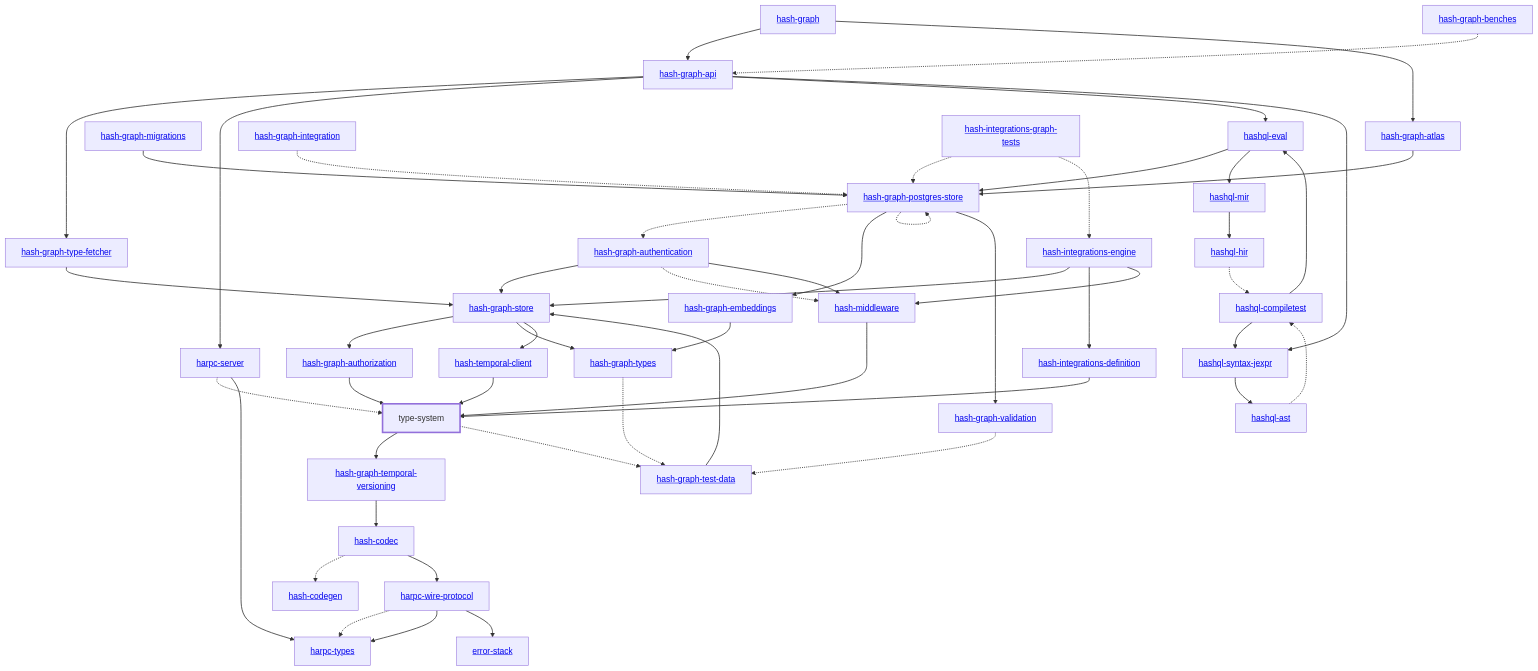
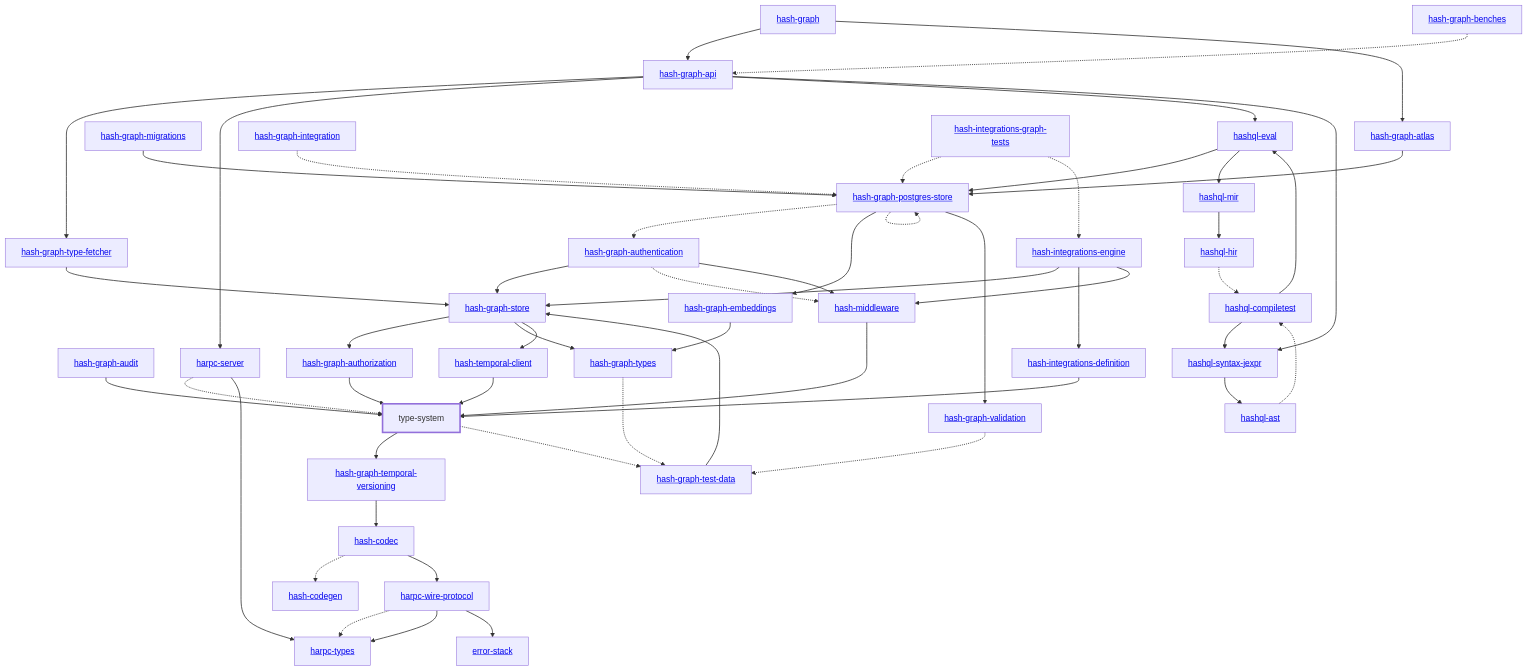
The diagram in libs/@blockprotocol/type-system/rust/docs/dependency-diagram.mmd (hashintel/hash), drawn with Mermaid before and after one commit. The commit also changed 26 other files, not shown here.

Commit message:
BE-1212: Define the audit event type (#10644)

```diff
--- a/libs/@blockprotocol/type-system/rust/docs/dependency-diagram.mmd
+++ b/libs/@blockprotocol/type-system/rust/docs/dependency-diagram.mmd
@@ -1,97 +1,99 @@
 graph TD
     linkStyle default stroke-width:1.5px
     classDef default stroke-width:1px
     classDef root stroke-width:3px
     classDef dev stroke-width:1px
     classDef build stroke-width:1px
     %% Legend
     %% --> : Normal dependency
     %% -.-> : Dev dependency
     %% ---> : Build dependency
     0[<a href="../hash_graph/index.html">hash-graph</a>]
     1[type-system]
     class 1 root
     2[<a href="../hash_codec/index.html">hash-codec</a>]
     3[<a href="../hash_codegen/index.html">hash-codegen</a>]
     4[<a href="../hash_graph_api/index.html">hash-graph-api</a>]
     5[<a href="../hash_graph_atlas/index.html">hash-graph-atlas</a>]
-    6[<a href="../hash_graph_authentication/index.html">hash-graph-authentication</a>]
-    7[<a href="../hash_graph_authorization/index.html">hash-graph-authorization</a>]
-    8[<a href="../hash_graph_embeddings/index.html">hash-graph-embeddings</a>]
-    9[<a href="../hash_graph_migrations/index.html">hash-graph-migrations</a>]
-    10[<a href="../hash_graph_postgres_store/index.html">hash-graph-postgres-store</a>]
-    11[<a href="../hash_graph_store/index.html">hash-graph-store</a>]
-    12[<a href="../hash_graph_temporal_versioning/index.html">hash-graph-temporal-versioning</a>]
-    13[<a href="../hash_graph_type_fetcher/index.html">hash-graph-type-fetcher</a>]
-    14[<a href="../hash_graph_types/index.html">hash-graph-types</a>]
-    15[<a href="../hash_graph_validation/index.html">hash-graph-validation</a>]
-    16[<a href="../harpc_server/index.html">harpc-server</a>]
-    17[<a href="../harpc_types/index.html">harpc-types</a>]
-    18[<a href="../harpc_wire_protocol/index.html">harpc-wire-protocol</a>]
-    19[<a href="../hashql_ast/index.html">hashql-ast</a>]
-    20[<a href="../hashql_compiletest/index.html">hashql-compiletest</a>]
-    21[<a href="../hashql_eval/index.html">hashql-eval</a>]
-    22[<a href="../hashql_hir/index.html">hashql-hir</a>]
-    23[<a href="../hashql_mir/index.html">hashql-mir</a>]
-    24[<a href="../hashql_syntax_jexpr/index.html">hashql-syntax-jexpr</a>]
-    25[<a href="../hash_integrations_definition/index.html">hash-integrations-definition</a>]
-    26[<a href="../hash_integrations_engine/index.html">hash-integrations-engine</a>]
-    27[<a href="../hash_middleware/index.html">hash-middleware</a>]
-    28[<a href="../hash_temporal_client/index.html">hash-temporal-client</a>]
-    29[<a href="../error_stack/index.html">error-stack</a>]
-    30[<a href="../hash_graph_benches/index.html">hash-graph-benches</a>]
-    31[<a href="../hash_graph_integration/index.html">hash-graph-integration</a>]
-    32[<a href="../hash_graph_test_data/index.html">hash-graph-test-data</a>]
-    33[<a href="../hash_integrations_graph_tests/index.html">hash-integrations-graph-tests</a>]
+    6[<a href="../hash_graph_audit/index.html">hash-graph-audit</a>]
+    7[<a href="../hash_graph_authentication/index.html">hash-graph-authentication</a>]
+    8[<a href="../hash_graph_authorization/index.html">hash-graph-authorization</a>]
+    9[<a href="../hash_graph_embeddings/index.html">hash-graph-embeddings</a>]
+    10[<a href="../hash_graph_migrations/index.html">hash-graph-migrations</a>]
+    11[<a href="../hash_graph_postgres_store/index.html">hash-graph-postgres-store</a>]
+    12[<a href="../hash_graph_store/index.html">hash-graph-store</a>]
+    13[<a href="../hash_graph_temporal_versioning/index.html">hash-graph-temporal-versioning</a>]
+    14[<a href="../hash_graph_type_fetcher/index.html">hash-graph-type-fetcher</a>]
+    15[<a href="../hash_graph_types/index.html">hash-graph-types</a>]
+    16[<a href="../hash_graph_validation/index.html">hash-graph-validation</a>]
+    17[<a href="../harpc_server/index.html">harpc-server</a>]
+    18[<a href="../harpc_types/index.html">harpc-types</a>]
+    19[<a href="../harpc_wire_protocol/index.html">harpc-wire-protocol</a>]
+    20[<a href="../hashql_ast/index.html">hashql-ast</a>]
+    21[<a href="../hashql_compiletest/index.html">hashql-compiletest</a>]
+    22[<a href="../hashql_eval/index.html">hashql-eval</a>]
+    23[<a href="../hashql_hir/index.html">hashql-hir</a>]
+    24[<a href="../hashql_mir/index.html">hashql-mir</a>]
+    25[<a href="../hashql_syntax_jexpr/index.html">hashql-syntax-jexpr</a>]
+    26[<a href="../hash_integrations_definition/index.html">hash-integrations-definition</a>]
+    27[<a href="../hash_integrations_engine/index.html">hash-integrations-engine</a>]
+    28[<a href="../hash_middleware/index.html">hash-middleware</a>]
+    29[<a href="../hash_temporal_client/index.html">hash-temporal-client</a>]
+    30[<a href="../error_stack/index.html">error-stack</a>]
+    31[<a href="../hash_graph_benches/index.html">hash-graph-benches</a>]
+    32[<a href="../hash_graph_integration/index.html">hash-graph-integration</a>]
+    33[<a href="../hash_graph_test_data/index.html">hash-graph-test-data</a>]
+    34[<a href="../hash_integrations_graph_tests/index.html">hash-integrations-graph-tests</a>]
     0 --> 4
     0 --> 5
-    1 --> 12
-    1 -.-> 32
+    1 --> 13
+    1 -.-> 33
     2 -.-> 3
-    2 --> 18
-    4 --> 13
-    4 --> 16
-    4 --> 21
-    4 --> 24
-    5 --> 10
-    6 --> 11
-    6 -.-> 27
-    6 --> 27
-    7 --> 1
-    8 --> 14
-    9 --> 10
-    10 -.-> 6
-    10 --> 8
-    10 -.-> 10
-    10 --> 15
-    11 --> 7
-    11 --> 14
-    11 --> 28
-    12 --> 2
-    13 --> 11
-    14 -.-> 32
-    15 -.-> 32
-    16 -.-> 1
-    16 --> 17
-    18 -.-> 17
-    18 --> 17
-    18 --> 29
-    19 -.-> 20
-    20 --> 21
-    20 --> 24
-    21 --> 10
-    21 --> 23
-    22 -.-> 20
-    23 --> 22
-    24 --> 19
-    25 --> 1
-    26 --> 11
-    26 --> 25
-    26 --> 27
-    27 --> 1
+    2 --> 19
+    4 --> 14
+    4 --> 17
+    4 --> 22
+    4 --> 25
+    5 --> 11
+    6 --> 1
+    7 --> 12
+    7 -.-> 28
+    7 --> 28
+    8 --> 1
+    9 --> 15
+    10 --> 11
+    11 -.-> 7
+    11 --> 9
+    11 -.-> 11
+    11 --> 16
+    12 --> 8
+    12 --> 15
+    12 --> 29
+    13 --> 2
+    14 --> 12
+    15 -.-> 33
+    16 -.-> 33
+    17 -.-> 1
+    17 --> 18
+    19 -.-> 18
+    19 --> 18
+    19 --> 30
+    20 -.-> 21
+    21 --> 22
+    21 --> 25
+    22 --> 11
+    22 --> 24
+    23 -.-> 21
+    24 --> 23
+    25 --> 20
+    26 --> 1
+    27 --> 12
+    27 --> 26
+    27 --> 28
     28 --> 1
-    30 -.-> 4
-    31 -.-> 10
-    32 --> 11
-    33 -.-> 10
-    33 -.-> 26
+    29 --> 1
+    31 -.-> 4
+    32 -.-> 11
+    33 --> 12
+    34 -.-> 11
+    34 -.-> 27
```
